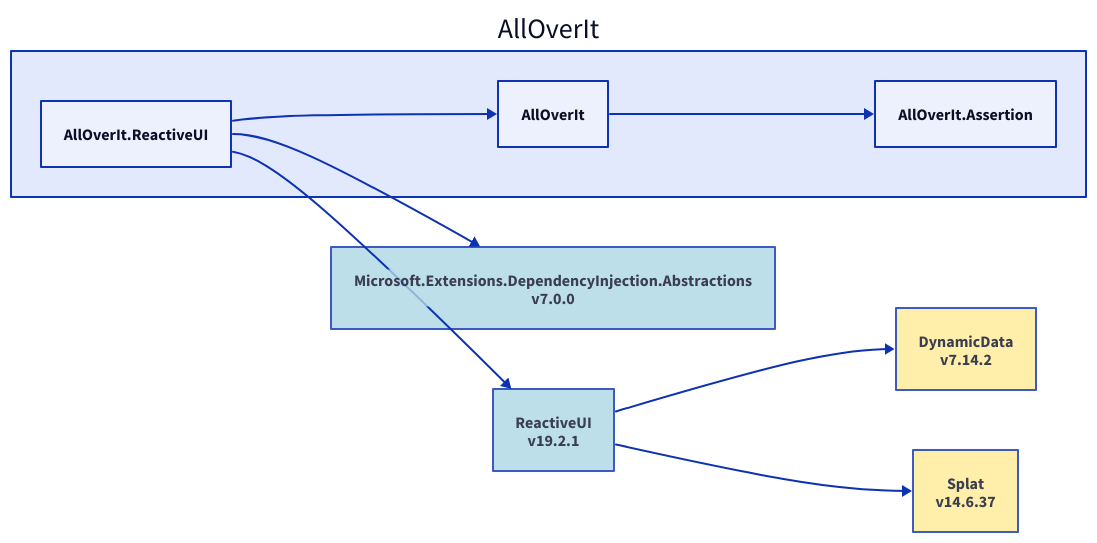
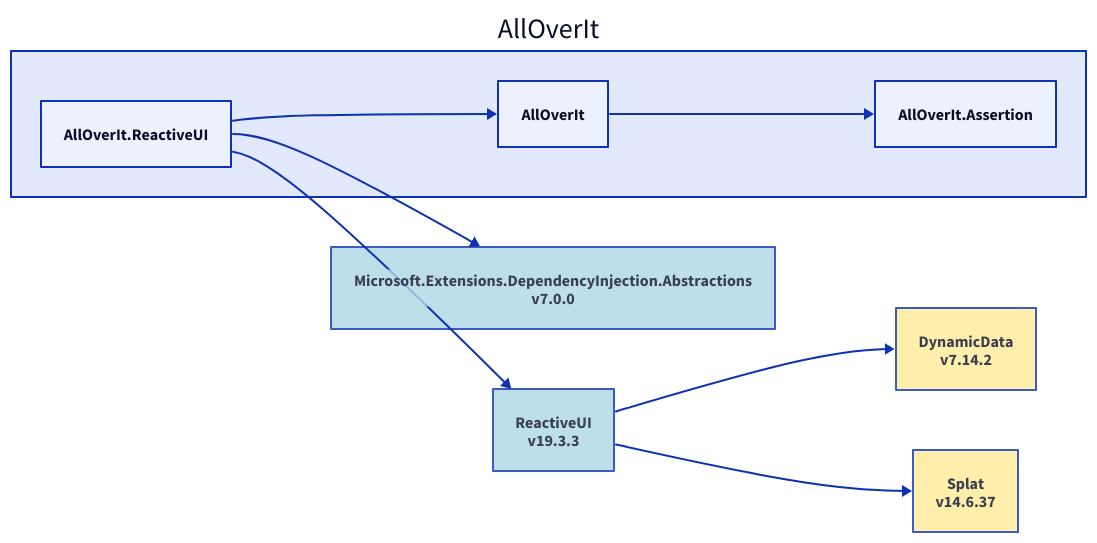
The diagram in Docs/Dependencies/alloverit-reactiveui.d2 (nickathone/AllOverIt), drawn with D2 before and after one commit. The commit also changed 10 other files, not shown here.

Commit message:
Dependency diagram update

```diff
--- a/Docs/Dependencies/alloverit-reactiveui.d2
+++ b/Docs/Dependencies/alloverit-reactiveui.d2
@@ -1,24 +1,24 @@
 direction: right
 
 aoi: AllOverIt
 aoi.alloverit-reactiveui: AllOverIt.ReactiveUI
 microsoft-extensions-dependencyinjection-abstractions_7-0-0: Microsoft.Extensions.DependencyInjection.Abstractions\nv7.0.0
 microsoft-extensions-dependencyinjection-abstractions_7-0-0.style.fill: "#ADD8E6"
 microsoft-extensions-dependencyinjection-abstractions_7-0-0.style.opacity: 0.8
 microsoft-extensions-dependencyinjection-abstractions_7-0-0 <- aoi.alloverit-reactiveui
-reactiveui_19-2-1: ReactiveUI\nv19.2.1
-reactiveui_19-2-1.style.fill: "#ADD8E6"
-reactiveui_19-2-1.style.opacity: 0.8
+reactiveui_19-3-3: ReactiveUI\nv19.3.3
+reactiveui_19-3-3.style.fill: "#ADD8E6"
+reactiveui_19-3-3.style.opacity: 0.8
 dynamicdata_7-14-2: DynamicData\nv7.14.2
 dynamicdata_7-14-2.style.fill: "#FFEC96"
 dynamicdata_7-14-2.style.opacity: 0.8
-dynamicdata_7-14-2 <- reactiveui_19-2-1
+dynamicdata_7-14-2 <- reactiveui_19-3-3
 splat_14-6-37: Splat\nv14.6.37
 splat_14-6-37.style.fill: "#FFEC96"
 splat_14-6-37.style.opacity: 0.8
-splat_14-6-37 <- reactiveui_19-2-1
-reactiveui_19-2-1 <- aoi.alloverit-reactiveui
+splat_14-6-37 <- reactiveui_19-3-3
+reactiveui_19-3-3 <- aoi.alloverit-reactiveui
 aoi.alloverit: AllOverIt
 aoi.alloverit-assertion: AllOverIt.Assertion
 aoi.alloverit-assertion <- aoi.alloverit
 aoi.alloverit <- aoi.alloverit-reactiveui
```
